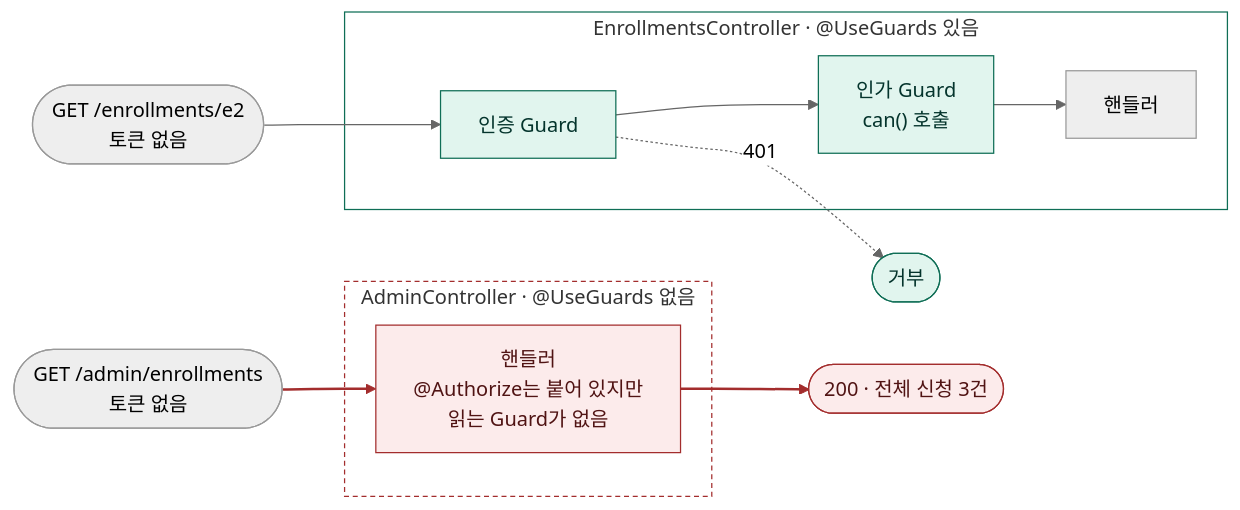
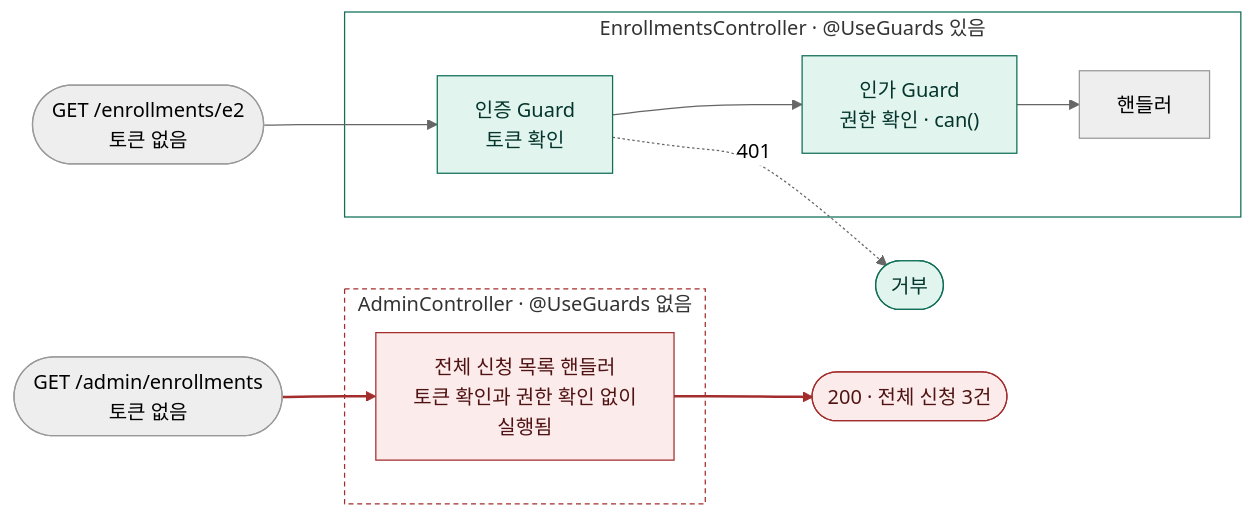
The first of 3 diagrams in docs/diagnosis/defect-1.md (loquemedalagana/secure-enroll-demo), drawn with Mermaid (neutral theme) before and after one commit. The commit also changed other lines of this file, not shown here.

Commit message:
docs: 결함 1 보고서 그림의 상자에 Guard가 하는 일을 적음
인증 Guard와 인가 Guard 상자에 '토큰 확인', '권한 확인'을 적고,
Guard가 적용되지 않은 핸들러 상자는 '@Authorize는 붙어 있지만 읽는 Guard가 없음' 대신
'토큰 확인과 권한 확인 없이 실행됨'으로 고쳤다.
@Authorize와 관계가 있는 것은 인가 Guard뿐이어서, 두 Guard를 함께 말하는 상자에서는 뺐다.
이 내용은 그림 아래 본문이 코드 링크와 함께 설명한다.

````diff
--- a/docs/diagnosis/defect-1.md
+++ b/docs/diagnosis/defect-1.md
@@ -83,25 +83,25 @@
 ```mermaid
 flowchart LR
   req1(["GET /enrollments/e2<br/>토큰 없음"])
   req2(["GET /admin/enrollments<br/>토큰 없음"])
 
   subgraph c1["EnrollmentsController · @UseGuards 있음"]
-    g1["인증 Guard"] --> g2["인가 Guard<br/>can() 호출"] --> h1["핸들러"]
+    g1["인증 Guard<br/>토큰 확인"] --> g2["인가 Guard<br/>권한 확인 · can()"] --> h1["핸들러"]
   end
   subgraph c2["AdminController · @UseGuards 없음"]
-    h2["핸들러<br/>@Authorize는 붙어 있지만<br/>읽는 Guard가 없음"]
+    h2["전체 신청 목록 핸들러<br/>토큰 확인과 권한 확인 없이<br/>실행됨"]
   end
 
   req1 --> g1
   g1 -. "401" .-> out1(["거부"])
   req2 --> h2
   h2 --> out2(["200 · 전체 신청 3건"])
 
   classDef safe fill:#E1F5EE,stroke:#0F6E56,color:#04342C
   classDef danger fill:#FCEBEB,stroke:#A32D2D,color:#501313
   class g1,g2,out1 safe
   class h2,out2 danger
   style c1 fill:none,stroke:#0F6E56
   style c2 fill:none,stroke:#A32D2D,stroke-dasharray:4 3
   linkStyle 4,5 stroke:#A32D2D,stroke-width:2px
 ```
````
